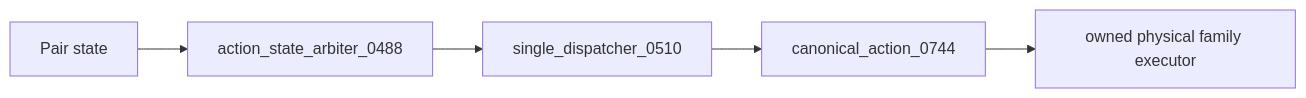
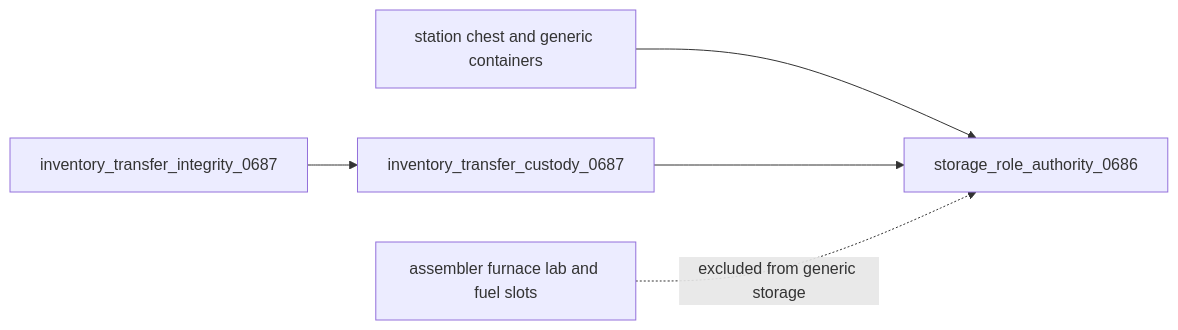
Before and after one commit to mrcalzon02/Tech-Priests: the sixth of 6 diagrams in docs/RECOVERY_AUTHORITY_MAP_CURRENT.md, drawn with Mermaid. The commit also changed other lines of this file, not shown here.

Commit message:
Map consolidated construction and fluid turret authority

````diff
--- a/docs/RECOVERY_AUTHORITY_MAP_CURRENT.md
+++ b/docs/RECOVERY_AUTHORITY_MAP_CURRENT.md
@@ -340,9 +108,7 @@
 ```mermaid
 flowchart LR
-    Pair[Pair state]
-    Classifier[action_state_arbiter_0488]
-    Dispatcher[single_dispatcher_0510]
-    Record[canonical_action_0744]
-    Core[owned physical family executor]
-    Pair --> Classifier --> Dispatcher --> Record --> Core
+    Containers[station chest and generic containers] --> Storage[storage_role_authority_0686]
+    PriestCargo[inventory_transfer_integrity_0687] --> TransferCustody[inventory_transfer_custody_0687]
+    TransferCustody --> Storage
+    MachineSlots[assembler furnace lab and fuel slots] -. excluded from generic storage .-> Storage
 ```
````
